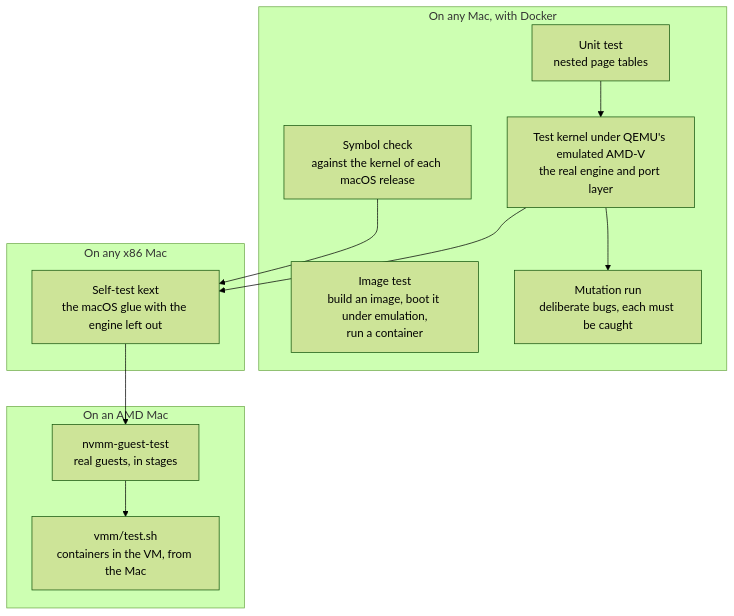
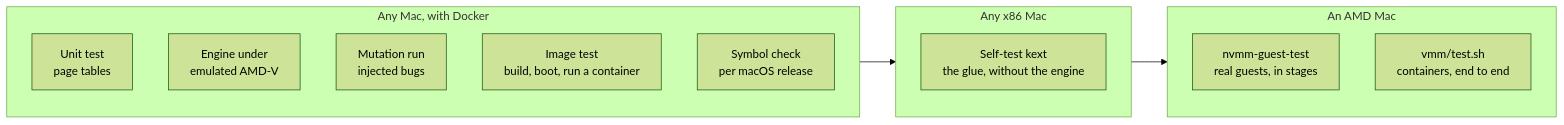
The sixth of 6 diagrams in README.md (milouk/graft), drawn with Mermaid (forest theme) before and after one commit. The commit also changed other lines of this file, not shown here.

Commit message:
README: the problem, use cases and diagrams first; shorter

````diff
--- a/README.md
+++ b/README.md
@@ -315,20 +250,20 @@
 ```mermaid
-flowchart TB
-    subgraph any["On any Mac, with Docker"]
-        img["Image test<br/>build an image, boot it under emulation,<br/>run a container"]
-        unit["Unit test<br/>nested page tables"]
-        bare["Test kernel under QEMU's emulated AMD-V<br/>the real engine and port layer"]
-        mut["Mutation run<br/>deliberate bugs, each must be caught"]
-        kpi["Symbol check<br/>against the kernel of each macOS release"]
+flowchart LR
+    subgraph any["Any Mac, with Docker"]
+        direction TB
+        unit["Unit test<br/>page tables"]
+        bare["Engine under<br/>emulated AMD-V"]
+        mut["Mutation run<br/>injected bugs"]
+        img["Image test<br/>build, boot, run a container"]
+        kpi["Symbol check<br/>per macOS release"]
     end
-    subgraph intel["On any x86 Mac"]
-        self["Self-test kext<br/>the macOS glue with the engine left out"]
+    subgraph intel["Any x86 Mac"]
+        self["Self-test kext<br/>the glue, without the engine"]
     end
-    subgraph amd["On an AMD Mac"]
+    subgraph amd["An AMD Mac"]
+        direction TB
         gt["nvmm-guest-test<br/>real guests, in stages"]
-        dt["vmm/test.sh<br/>containers in the VM, from the Mac"]
+        dt["vmm/test.sh<br/>containers, end to end"]
     end
-    unit --> bare --> mut
-    bare --> self --> gt --> dt
-    kpi --> self
+    any --> intel --> amd
 ```
````
